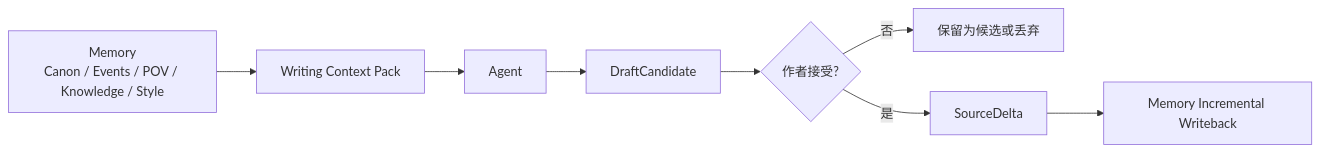
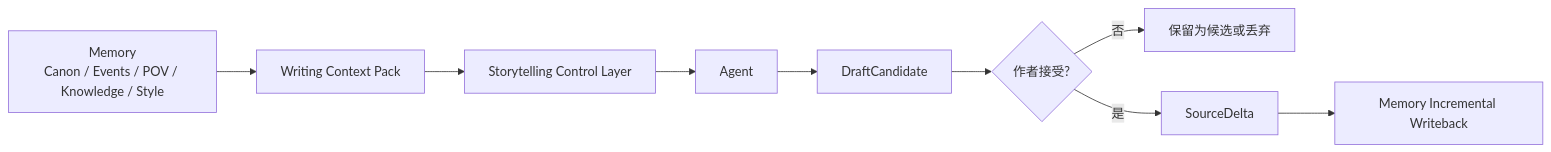
One commit to FrankQDWang/sextantlabs changed the second of 2 diagrams in AGENT_GOAL.md. Above: the diagram before and after it, drawn with Mermaid. The commit also changed other lines of this file, not shown here.

Commit message:
Add storytelling control layer to agent goal

````diff
--- a/AGENT_GOAL.md
+++ b/AGENT_GOAL.md
@@ -93,10 +106,11 @@
 ```mermaid
 flowchart LR
     A[Memory\nCanon / Events / POV / Knowledge / Style] --> B[Writing Context Pack]
-    B --> C[Agent]
-    C --> D[DraftCandidate]
-    D --> E{作者接受?}
-    E -->|否| F[保留为候选或丢弃]
-    E -->|是| G[SourceDelta]
-    G --> H[Memory Incremental Writeback]
+    B --> C[Storytelling Control Layer]
+    C --> D[Agent]
+    D --> E[DraftCandidate]
+    E --> F{作者接受?}
+    F -->|否| G[保留为候选或丢弃]
+    F -->|是| H[SourceDelta]
+    H --> I[Memory Incremental Writeback]
 ```
````
